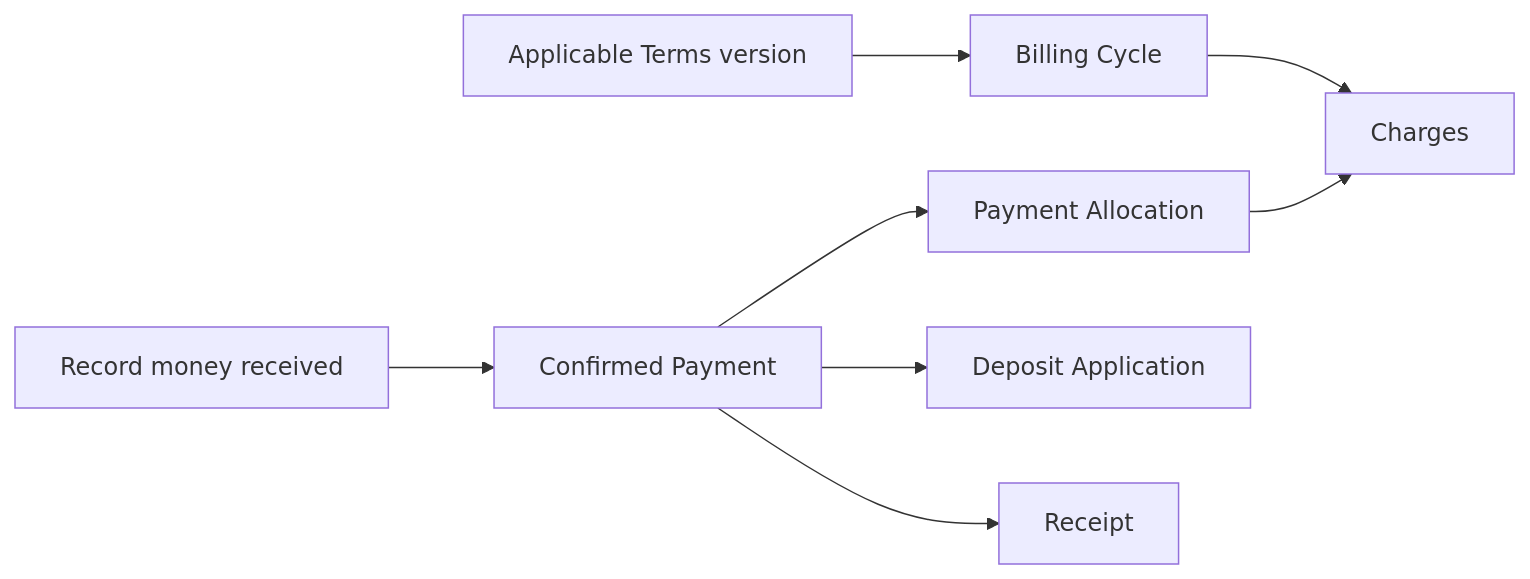
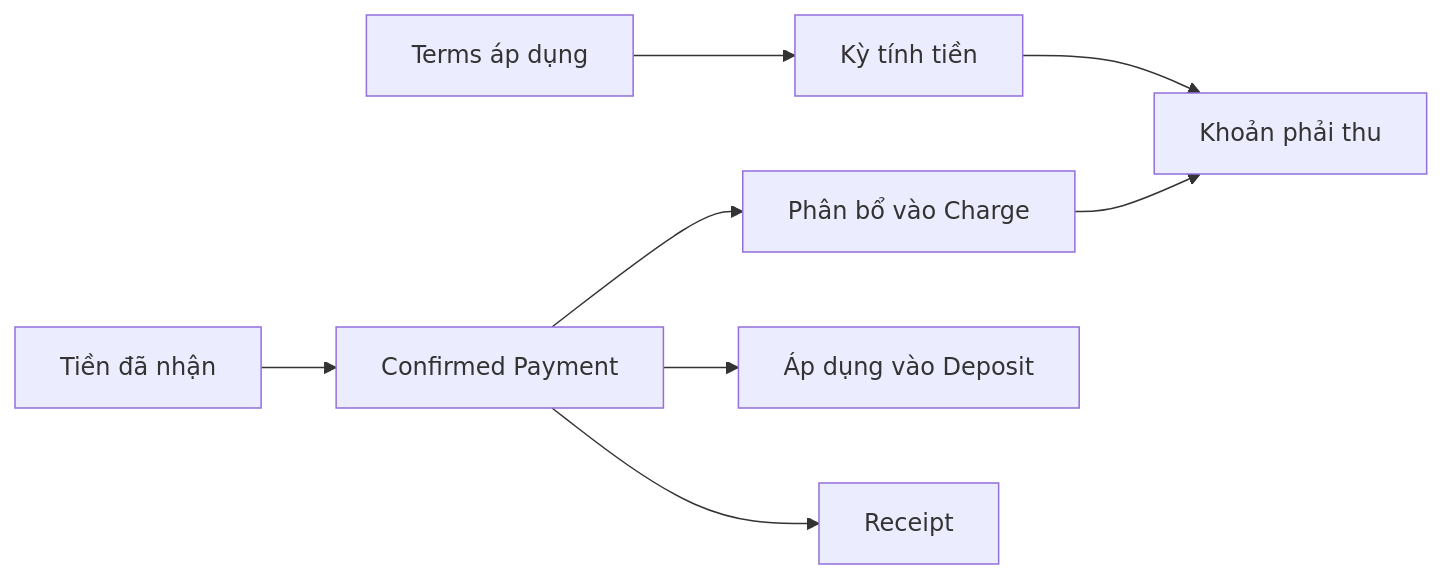
The third of 7 diagrams in docs/contexts/end-to-end-flows.md (Danh20100/moibile_app), drawn with Mermaid before and after one commit. The commit also changed other lines of this file and 9 other files, not shown here.

````diff
--- a/docs/contexts/end-to-end-flows.md
+++ b/docs/contexts/end-to-end-flows.md
@@ -55,10 +55,10 @@
 ```mermaid
 flowchart LR
-    TERMS[Applicable Terms version] --> BC[Billing Cycle]
-    BC --> CH[Charges]
-    USER[Record money received] --> PAY[Confirmed Payment]
-    PAY --> ALLOC[Payment Allocation]
-    ALLOC --> CH
-    PAY --> DEP[Deposit Application]
-    PAY --> REC[Receipt]
+    TERMS["Terms áp dụng"] --> CYCLE["Kỳ tính tiền"]
+    CYCLE --> CHARGE["Khoản phải thu"]
+    MONEY["Tiền đã nhận"] --> PAYMENT["Confirmed Payment"]
+    PAYMENT --> ALLOC["Phân bổ vào Charge"]
+    ALLOC --> CHARGE
+    PAYMENT --> DEP["Áp dụng vào Deposit"]
+    PAYMENT --> RECEIPT["Receipt"]
 ```
````
